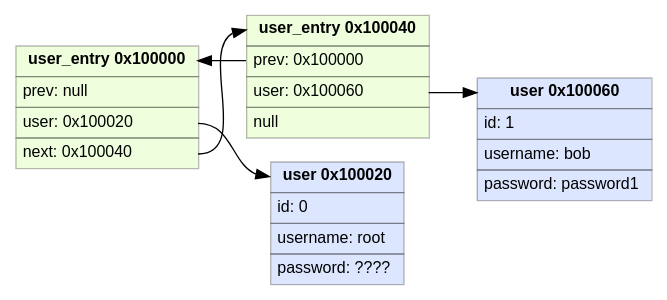
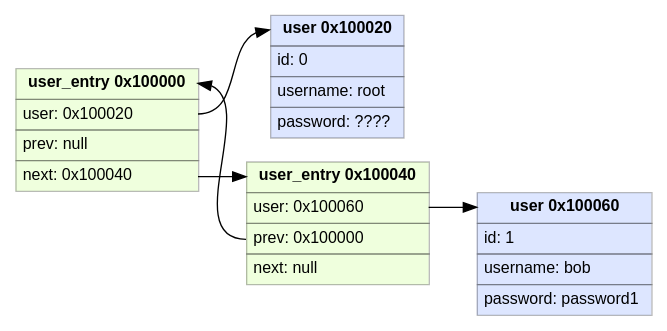
The second of 4 diagrams in solve/sign_in/index.md (sukolenvo/2024duCTF), drawn with Graphviz before and after one commit. The commit also changed other lines of this file and 2 other files, not shown here.

````diff
--- a/solve/sign_in/index.md
+++ b/solve/sign_in/index.md
@@ -344,65 +337,65 @@
 ```graphviz dot attack_plan.svg
 digraph g {
 fontname="Helvetica,Arial,sans-serif"
 node [fontname="Helvetica,Arial,sans-serif"]
 edge [fontname="Helvetica,Arial,sans-serif"]
 graph [
     rankdir = "LR"
     ];
     node [
     	shape=rect
 		style=filled
 		pencolor="#00000044" // frames color
 		fontname="Helvetica,Arial,sans-serif"
 		fontsize=12
 		shape=plaintext
     ];
     edge [
     ];
     "element0" [
     	label=<<table border="0" cellborder="1" cellspacing="0" cellpadding="4">
 			<tr> <td PORT="head"> <b>user_entry 0x100000 </b></td> </tr>
+			<tr> <td align="left" PORT="user"> user: 0x100020 </td> </tr>
 			<tr> <td align="left" PORT="prev"> prev: null </td> </tr>
-			<tr> <td align="left" PORT="user"> user: 0x100020 </td> </tr>
 			<tr> <td align="left" PORT="next"> next: 0x100040 </td> </tr>
 		</table>>
 		fillcolor="#88ff0022"
 		shape=plain
     ]
     "element1" [
     	label=<<table border="0" cellborder="1" cellspacing="0" cellpadding="4">
 			<tr> <td PORT="head"> <b>user_entry 0x100040 </b></td> </tr>
+			<tr> <td align="left" PORT="user"> user: 0x100060 </td> </tr>
 			<tr> <td align="left" PORT="prev"> prev: 0x100000 </td> </tr>
-			<tr> <td align="left" PORT="user"> user: 0x100060 </td> </tr>
-			<tr> <td align="left" PORT="next"> null </td> </tr>
+			<tr> <td align="left" PORT="next"> next: null </td> </tr>
 		</table>>
 		fillcolor="#88ff0022"
 		shape=plain
     ]
     element0:next -> element1:head
     element1:prev -> element0:head
     
     "user0" [
     	label=<<table border="0" cellborder="1" cellspacing="0" cellpadding="4">
 			<tr> <td PORT="head"> <b>user 0x100020 </b></td> </tr>
 			<tr> <td align="left" > id: 0 </td> </tr>
 			<tr> <td align="left"> username: root </td> </tr>
 			<tr> <td align="left" >password: ???? </td> </tr>
 		</table>>
 		fillcolor="#0044ff22"
 		shape=plain
     ]
     "user1" [
     	label=<<table border="0" cellborder="1" cellspacing="0" cellpadding="4">
 			<tr> <td PORT="head"> <b>user 0x100060 </b></td> </tr>
 			<tr> <td align="left" > id: 1 </td> </tr>
 			<tr> <td align="left"> username: bob </td> </tr>
 			<tr> <td align="left" > password: password1 </td> </tr>
 		</table>>
 		fillcolor="#0044ff22"
 		shape=plain
     ]
     element0:user -> user0:head
     element1:user -> user1:head
 }
 ```
````
